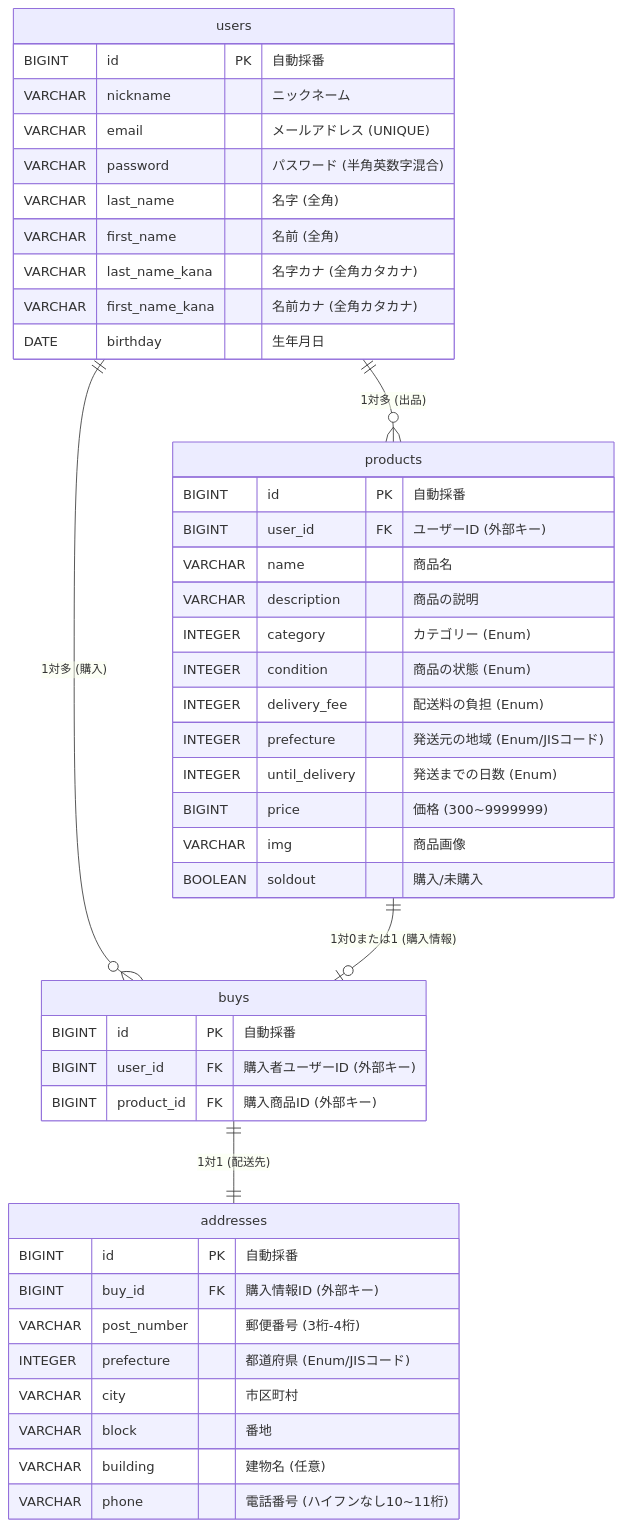
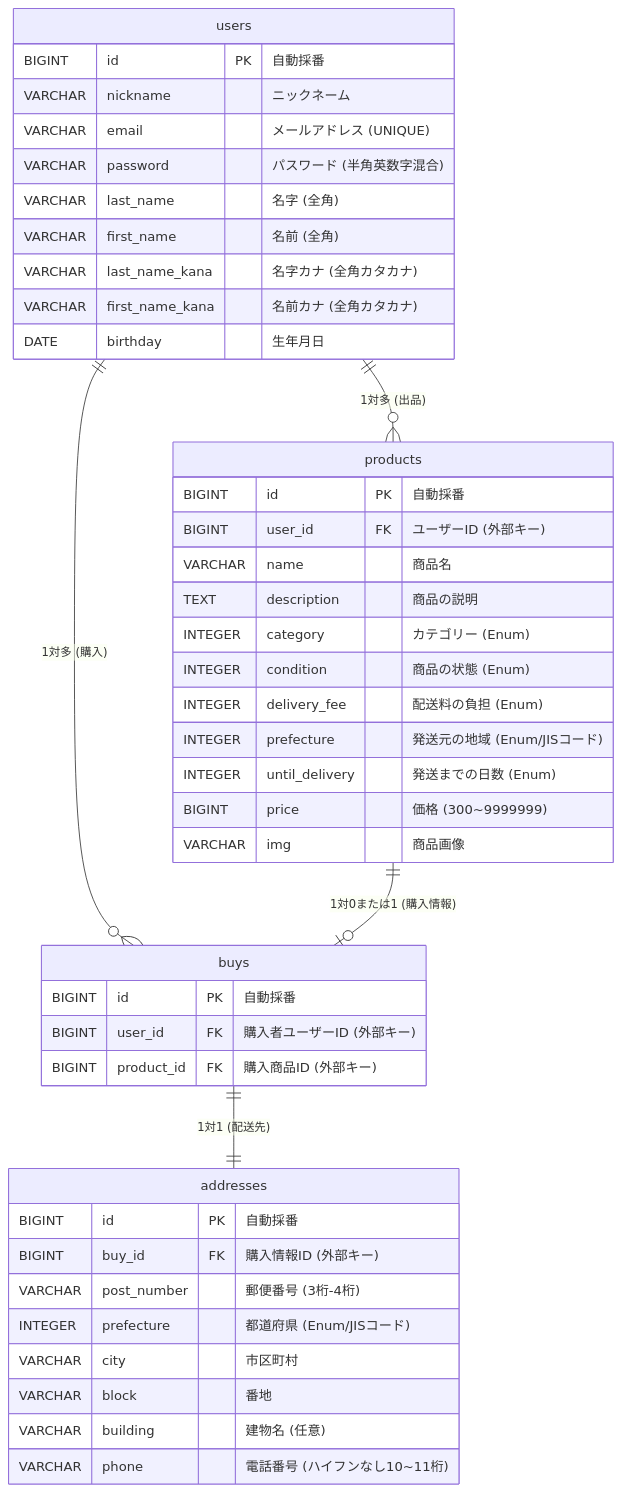
One commit to sho-haraguchi/furima changed the diagram in README.md. Above: the diagram before and after it, drawn with Mermaid.

````diff
--- a/README.md
+++ b/README.md
@@ -3,51 +3,50 @@
 ```mermaid
 erDiagram
     users ||--o{ products : "1対多 (出品)"
     users ||--o{ buys : "1対多 (購入)"
     products ||--o| buys : "1対0または1 (購入情報)"
     buys ||--|| addresses : "1対1 (配送先)"
 
     users {
         BIGINT id PK "自動採番"
         VARCHAR nickname "ニックネーム"
         VARCHAR email "メールアドレス (UNIQUE)"
         VARCHAR password "パスワード (半角英数字混合)"
         VARCHAR last_name "名字 (全角)"
         VARCHAR first_name "名前 (全角)"
         VARCHAR last_name_kana "名字カナ (全角カタカナ)"
         VARCHAR first_name_kana "名前カナ (全角カタカナ)"
         DATE birthday "生年月日"
     }
 
     products {
         BIGINT id PK "自動採番"
         BIGINT user_id FK "ユーザーID (外部キー)"
         VARCHAR name "商品名"
-        VARCHAR description "商品の説明"
+        TEXT description "商品の説明"
         INTEGER category "カテゴリー (Enum)"
         INTEGER condition "商品の状態 (Enum)"
         INTEGER delivery_fee "配送料の負担 (Enum)"
         INTEGER prefecture "発送元の地域 (Enum/JISコード)"
         INTEGER until_delivery "発送までの日数 (Enum)"
         BIGINT price "価格 (300~9999999)"
         VARCHAR img "商品画像"
-        BOOLEAN soldout "購入/未購入"
     }
 
     buys {
         BIGINT id PK "自動採番"
         BIGINT user_id FK "購入者ユーザーID (外部キー)"
         BIGINT product_id FK "購入商品ID (外部キー)"
     }
 
     addresses {
         BIGINT id PK "自動採番"
         BIGINT buy_id FK "購入情報ID (外部キー)"
         VARCHAR post_number "郵便番号 (3桁-4桁)"
         INTEGER prefecture "都道府県 (Enum/JISコード)"
         VARCHAR city "市区町村"
         VARCHAR block "番地"
         VARCHAR building "建物名 (任意)"
         VARCHAR phone "電話番号 (ハイフンなし10~11桁)"
     }
 ```
````
